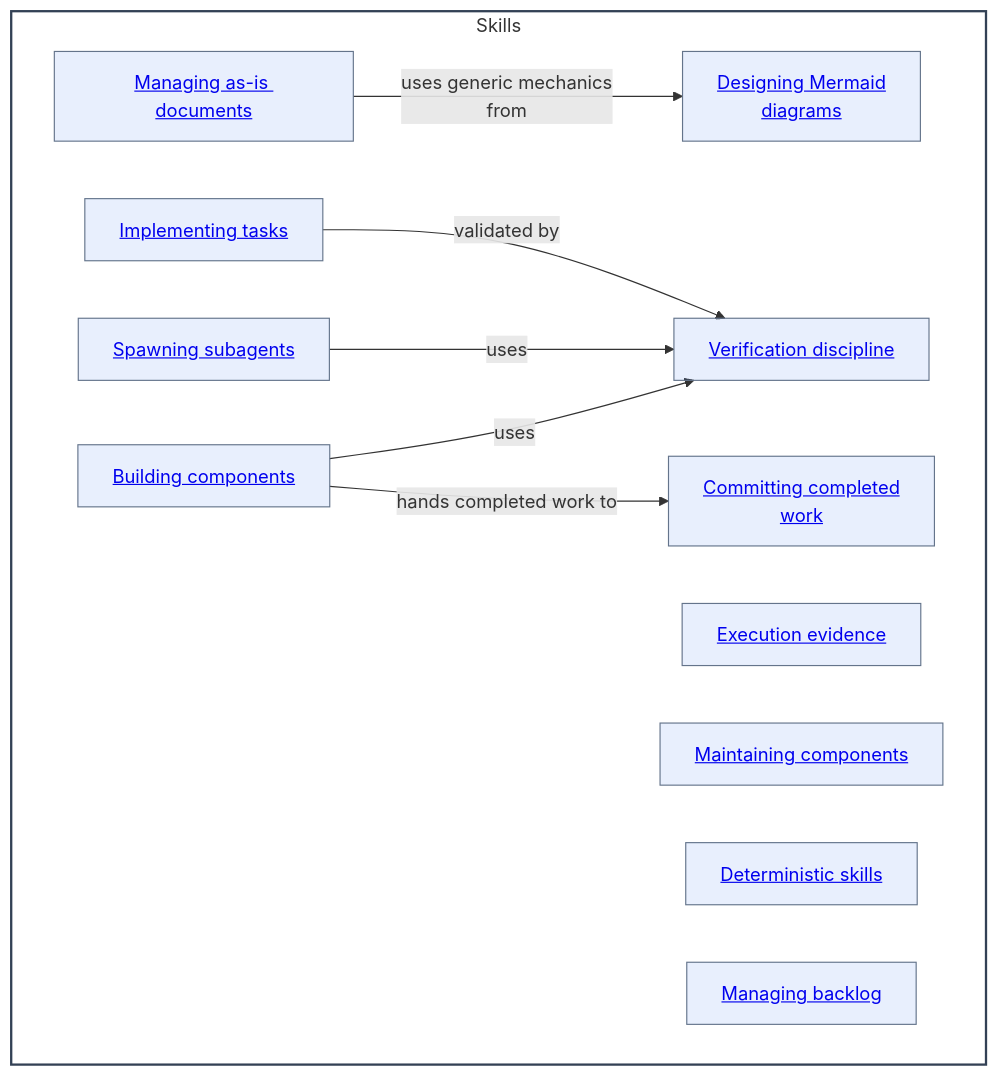
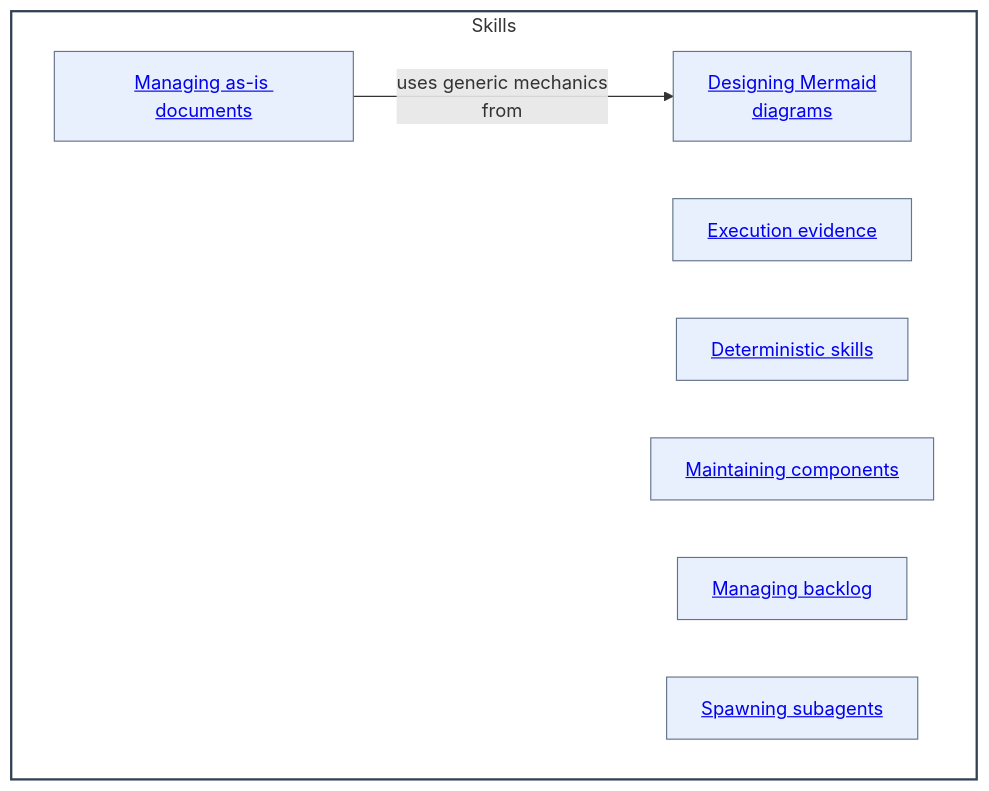
One commit to abstract-business-systems/as-is changed the diagram in skills/as-is.md. Above: the diagram before and after it, drawn with Mermaid. The commit also changed other lines of this file and 19 other files, not shown here.

````diff
--- a/skills/as-is.md
+++ b/skills/as-is.md
@@ -65,29 +61,21 @@
 ```mermaid
 %%{init: {"securityLevel": "loose"}}%%
 flowchart LR
     subgraph Skills["Skills"]
         direction LR
         ManagingAsIs["<a href='./managing-as-is-document/as-is.md#design'>Managing as-is documents</a>"]
         ExecutionEvidence["<a href='./exploring-execution-evidence/as-is.md#design'>Execution evidence</a>"]
         MermaidDesign["<a href='./designing-mermaid-diagrams/as-is.md#design'>Designing Mermaid<br/>diagrams</a>"]
-        ImplementingTasks["<a href='./implementing-component-tasks/as-is.md#design'>Implementing tasks</a>"]
+        DeterministicSkills["<a href='./deterministic-skills/as-is.md#design'>Deterministic skills</a>"]
         MaintainingComponents["<a href='./maintaining-components/as-is.md#design'>Maintaining components</a>"]
-        DeterministicSkills["<a href='./deterministic-skills/as-is.md#design'>Deterministic skills</a>"]
         ManagingBacklog["<a href='./managing-backlog/as-is.md#design'>Managing backlog</a>"]
         SpawningSubagents["<a href='./spawning-pi-subagents/as-is.md#design'>Spawning subagents</a>"]
-        Verification["<a href='./verification-discipline/as-is.md#design'>Verification discipline</a>"]
-        Building["<a href='./building-components/as-is.md#design'>Building components</a>"]
-        Committing["<a href='./committing-completed-work/as-is.md#design'>Committing completed<br/>work</a>"]
 
         ManagingAsIs -->|uses generic mechanics<br/>from| MermaidDesign
-        ImplementingTasks -->|validated by| Verification
-        SpawningSubagents -->|uses| Verification
-        Building -->|uses| Verification
-        Building -->|hands completed work to| Committing
 
     end
     classDef component fill:#f8fafc,fill-opacity:0.1,stroke:#334155,stroke-width:2px
     classDef child fill:#2563eb,fill-opacity:0.1,stroke:#64748b,stroke-width:1px
     class Skills component
-    class ManagingAsIs,ExecutionEvidence,MermaidDesign,ImplementingTasks,MaintainingComponents,DeterministicSkills,ManagingBacklog,SpawningSubagents,Verification,Building,Committing child
+    class ManagingAsIs,ExecutionEvidence,MermaidDesign,MaintainingComponents,DeterministicSkills,ManagingBacklog,SpawningSubagents child
 ```
````
